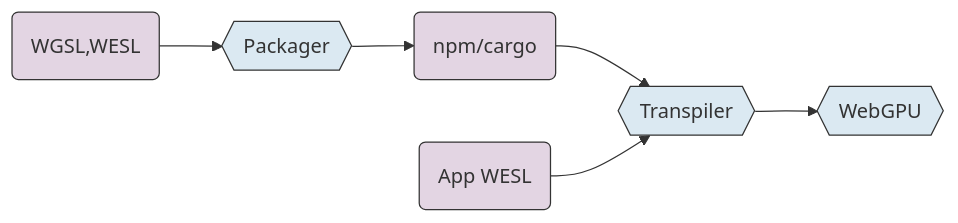
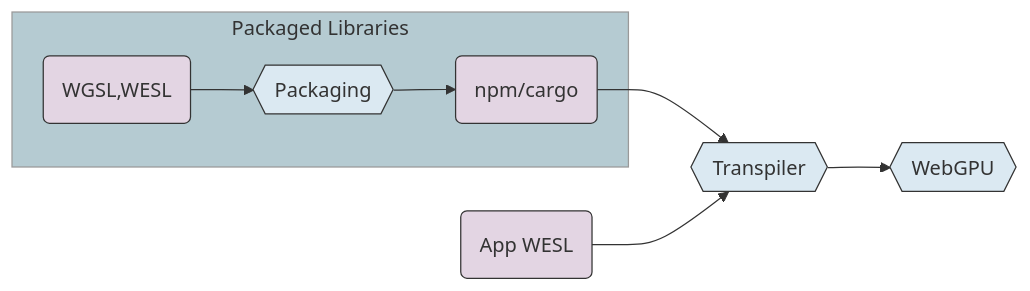
The third of 4 diagrams in presentations/symposium-2026-02-13/slides.md (mighdoll/wesl-website), drawn with Mermaid before and after one commit. The commit also changed other lines of this file, not shown here.

````diff
--- a/presentations/symposium-2026-02-13/slides.md
+++ b/presentations/symposium-2026-02-13/slides.md
@@ -561,15 +561,20 @@
 ```mermaid
 flowchart LR
 
+subgraph libraries ["Packaged Libraries"]
   A(WGSL,WESL):::data
-  --> B{{Packager}}:::process
-  --> C(npm/cargo):::data
+  B{{Packaging}}:::process
+  C(npm/cargo):::data
+end
+A --> B
+B --> C
+
   --> D{{Transpiler}}:::process
   --> E{{WebGPU}}:::process
   
   F(App WESL):::data --> D
 
 classDef process fill:#dbe9f2,stroke:#333;
 classDef data fill:#e3d5e3, stroke:#333;
-
+style libraries fill:#b5cbd2,stroke:#999
 ```
````
